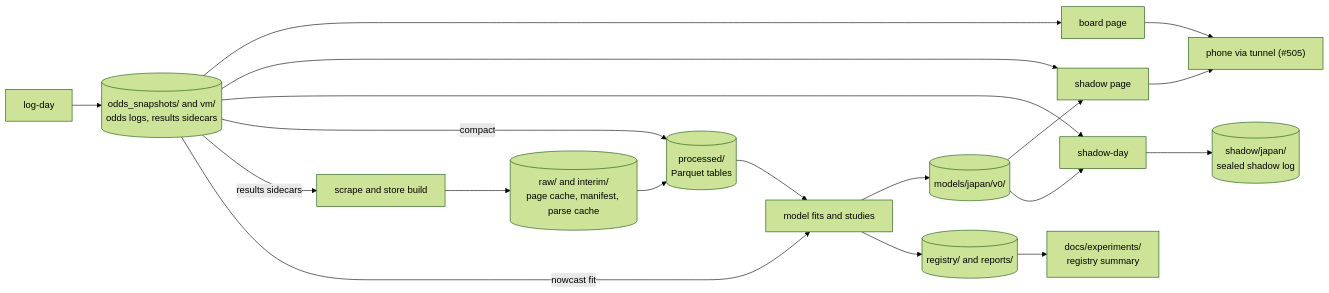
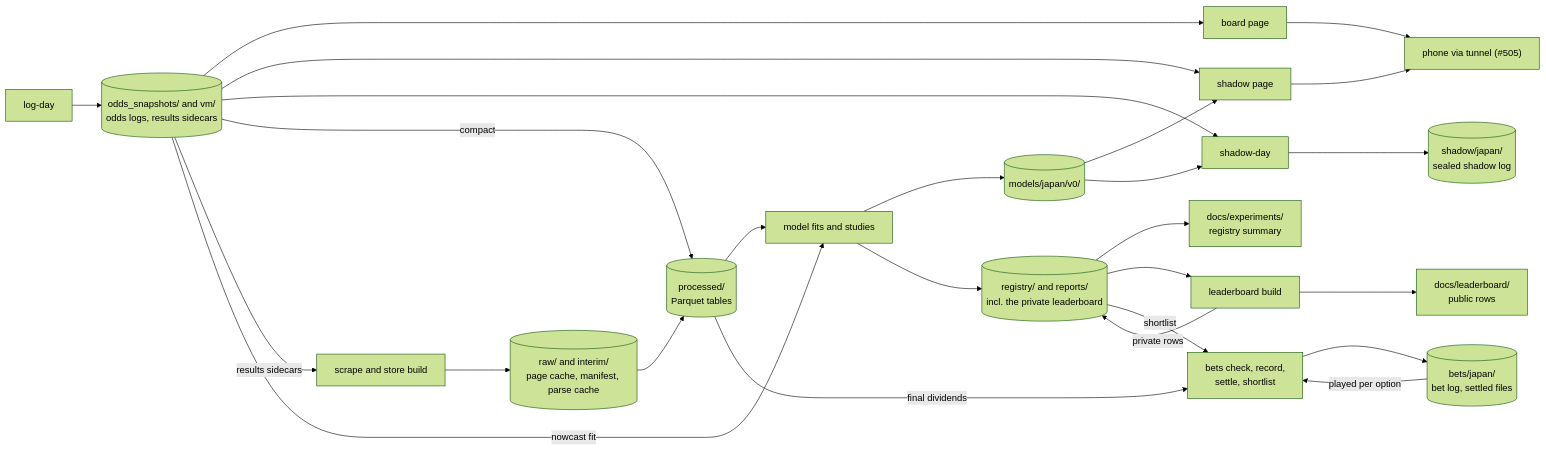
The second of 7 diagrams in docs/architecture.md (rjeskuri/HorseTrackBetting), drawn with Mermaid (forest theme) before and after one commit. The commit also changed other lines of this file and 2 other files, not shown here.

First line of the commit message:
Draw the leaderboard and bet log in the architecture and modeling docs (#458)

````diff
--- a/docs/architecture.md
+++ b/docs/architecture.md
@@ -77,31 +78,42 @@
 ```mermaid
 flowchart LR
   logd["log-day"]
   scr["scrape and store build"]
   fits["model fits and studies"]
   shd["shadow-day"]
   raw[("raw/ and interim/<br>page cache, manifest, parse cache")]
   proc[("processed/<br>Parquet tables")]
   odds[("odds_snapshots/ and vm/<br>odds logs, results sidecars")]
   mdl[("models/japan/v0/")]
   shlog[("shadow/japan/<br>sealed shadow log")]
-  reg[("registry/ and reports/")]
+  reg[("registry/ and reports/<br>incl. the private leaderboard")]
+  lbd["leaderboard build"]
+  pubd["docs/leaderboard/<br>public rows"]
+  bets["bets check, record,<br>settle, shortlist"]
+  betd[("bets/japan/<br>bet log, settled files")]
   board["board page"]
   spage["shadow page"]
   phone["phone via tunnel (#505)"]
   summ["docs/experiments/<br>registry summary"]
   logd --> odds
   scr --> raw --> proc
   proc --> fits --> mdl
   fits --> reg --> summ
+  reg --> lbd
+  lbd -->|"private rows"| reg
+  lbd --> pubd
+  reg -->|"shortlist"| bets
+  proc -->|"final dividends"| bets
+  bets --> betd
+  betd -->|"played per option"| bets
   odds --> board
   odds --> spage
   mdl --> spage
   odds --> shd
   odds -->|"compact"| proc
   odds -->|"results sidecars"| scr
   odds -->|"nowcast fit"| fits
   mdl --> shd --> shlog
   board --> phone
   spage --> phone
 ```
````
